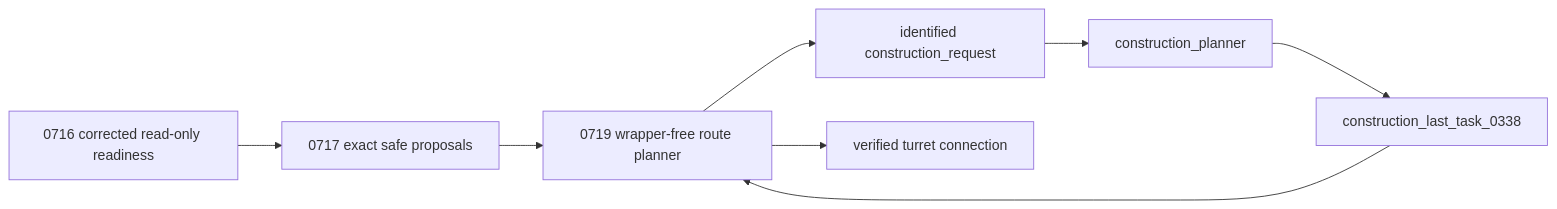
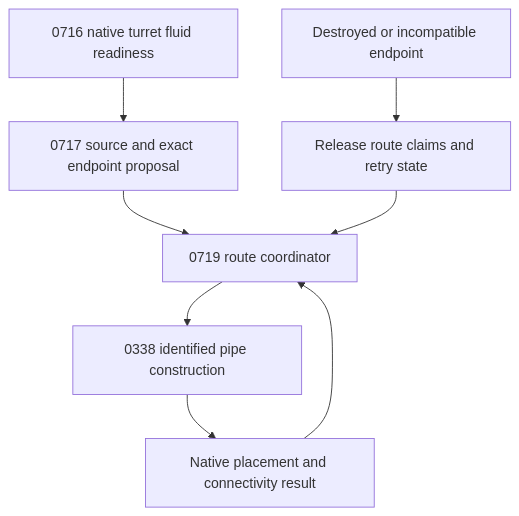
The fifth of 5 diagrams in docs/RECOVERY_AUTHORITY_MAP_CURRENT.md (mrcalzon02/Tech-Priests), drawn with Mermaid before and after one commit. The commit also changed other lines of this file and 45 other files, not shown here.

````diff
--- a/docs/RECOVERY_AUTHORITY_MAP_CURRENT.md
+++ b/docs/RECOVERY_AUTHORITY_MAP_CURRENT.md
@@ -226,10 +122,10 @@
 ```mermaid
-flowchart LR
-    Readiness[0716 corrected read-only readiness] --> Proposal[0717 exact safe proposals]
-    Proposal --> Route[0719 wrapper-free route planner]
-    Route --> Request[identified construction_request]
-    Request --> Construction[construction_planner]
-    Construction --> Ledger[construction_last_task_0338]
-    Ledger --> Route
-    Route --> Connected[verified turret connection]
+flowchart TD
+    Ready["0716 native turret fluid readiness"] --> Proposal["0717 source and exact endpoint proposal"]
+    Proposal --> Route["0719 route coordinator"]
+    Route --> Builder["0338 identified pipe construction"]
+    Builder --> Result["Native placement and connectivity result"]
+    Result --> Route
+    Invalid["Destroyed or incompatible endpoint"] --> Cleanup["Release route claims and retry state"]
+    Cleanup --> Route
 ```
````
